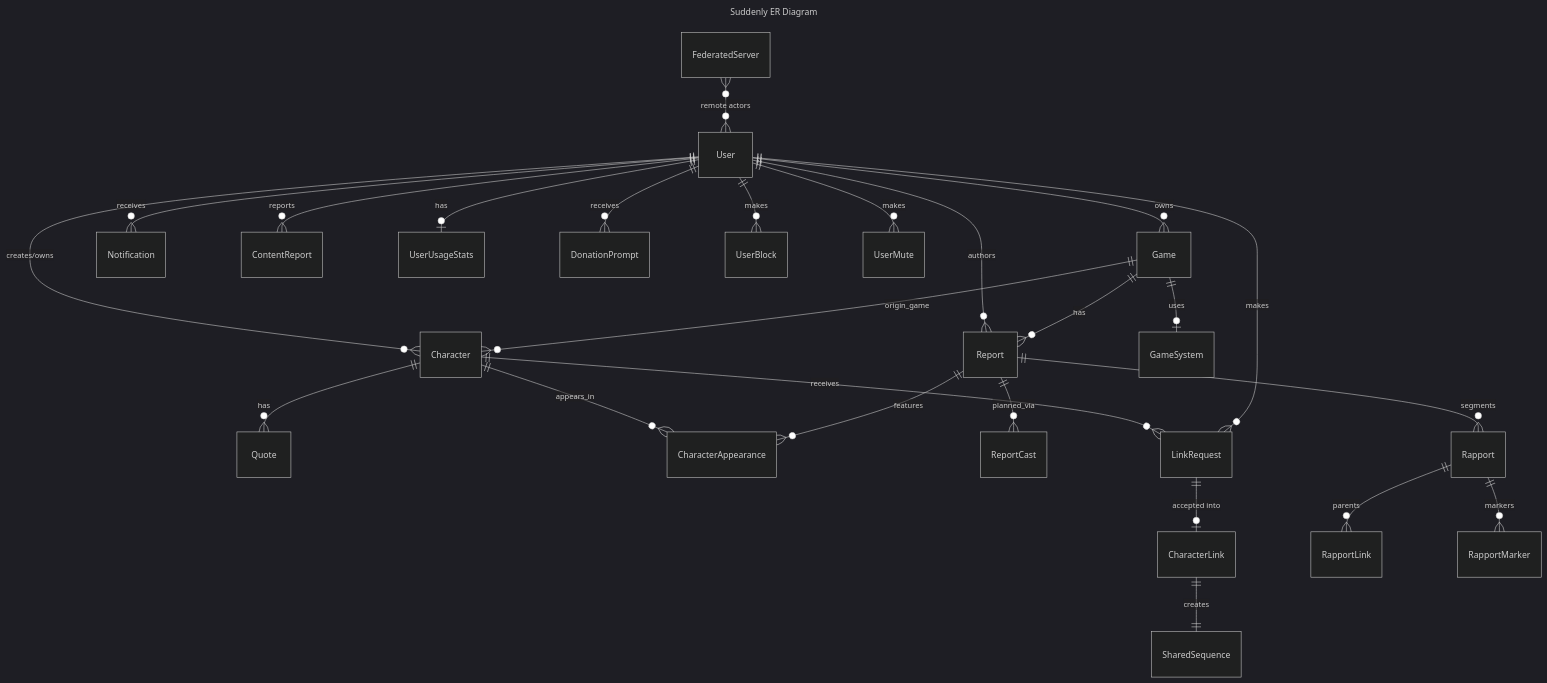
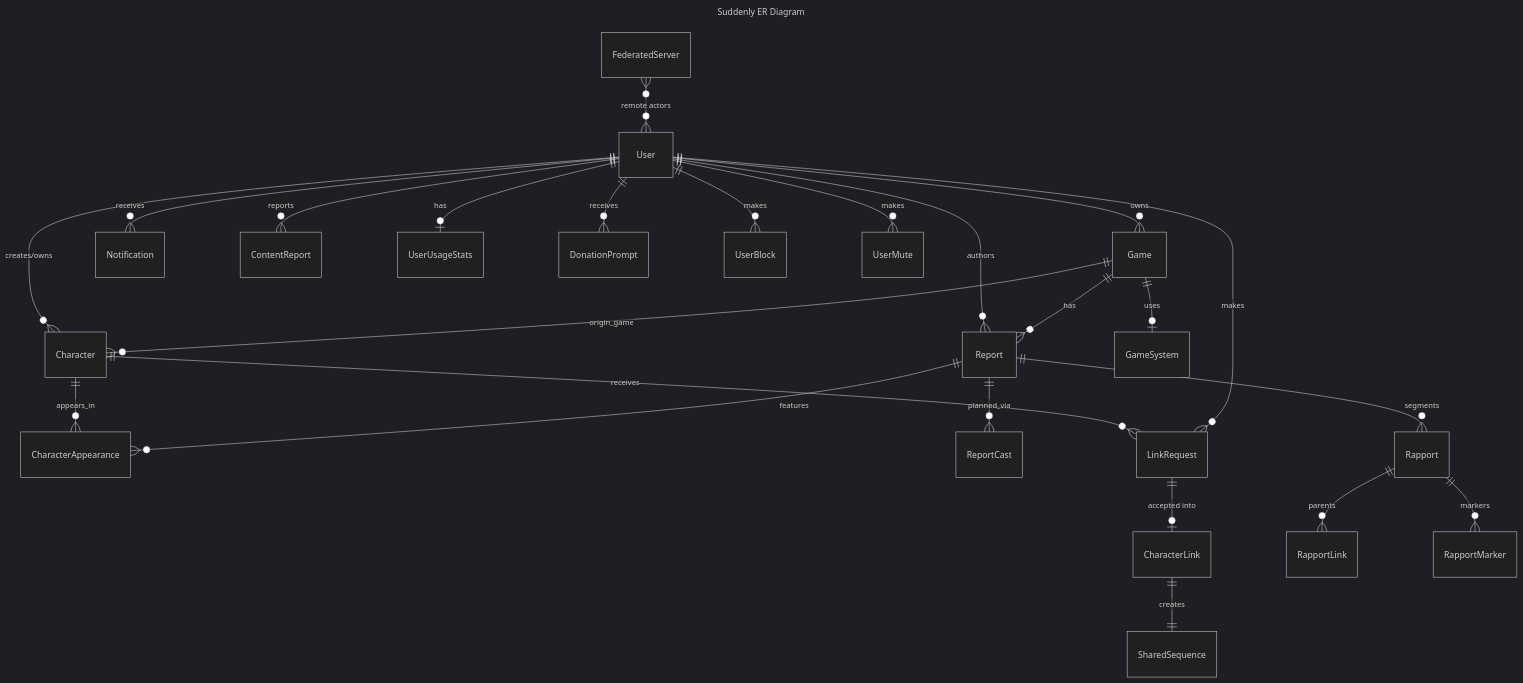
The second of 2 diagrams in aidd_docs/memory/internal/DATABASE.md (RebelliousSmile/suddenly), drawn with Mermaid (dark theme) before and after one commit. The commit also changed other lines of this file and 13 other files, not shown here.

````diff
--- a/aidd_docs/memory/internal/DATABASE.md
+++ b/aidd_docs/memory/internal/DATABASE.md
@@ -31,30 +31,29 @@
 ```mermaid
 ---
 title: Suddenly ER Diagram
 ---
 erDiagram
     User ||--o{ Game : owns
     User ||--o{ Report : authors
     User ||--o{ Character : "creates/owns"
     Game ||--o{ Report : has
     Game ||--o{ Character : "origin_game"
-    Character ||--o{ Quote : has
     Character ||--o{ CharacterAppearance : appears_in
     Report ||--o{ CharacterAppearance : features
     Report ||--o{ ReportCast : planned_via
     Character ||--o{ LinkRequest : receives
     User ||--o{ LinkRequest : makes
     LinkRequest ||--o| CharacterLink : "accepted into"
     CharacterLink ||--|| SharedSequence : creates
     FederatedServer }o--o{ User : "remote actors"
     User ||--o{ Notification : receives
     User ||--o{ ContentReport : reports
     User ||--o| UserUsageStats : has
     User ||--o{ DonationPrompt : receives
     User ||--o{ UserBlock : makes
     User ||--o{ UserMute : makes
     Game ||--o| GameSystem : uses
     Report ||--o{ Rapport : segments
     Rapport ||--o{ RapportLink : parents
     Rapport ||--o{ RapportMarker : markers
 ```
````
